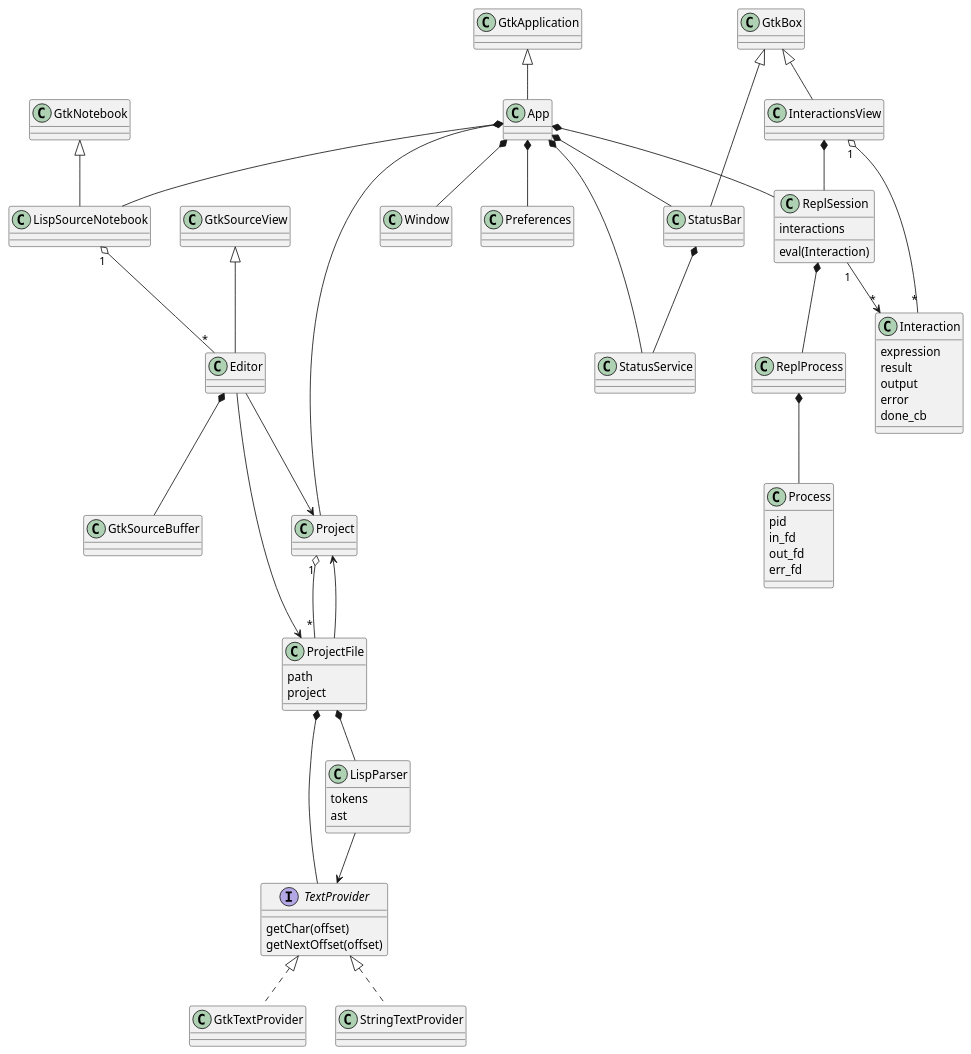
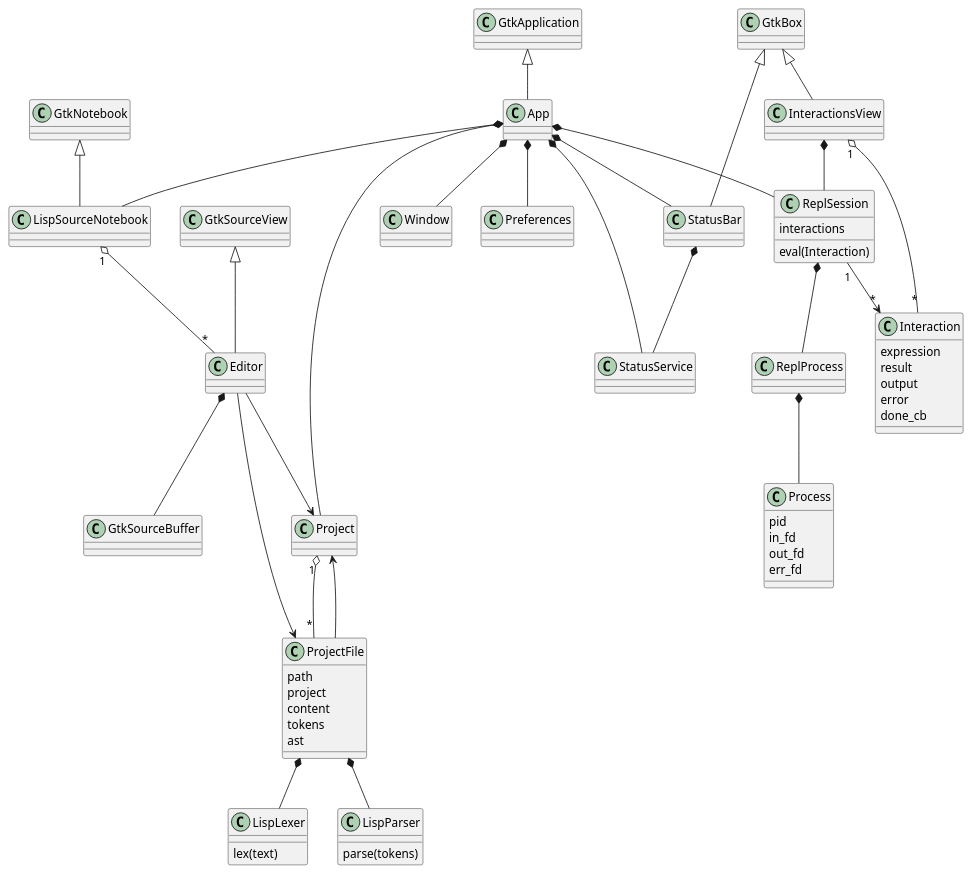
The diagram in doc/classes.plantuml (JeromeA/glide), drawn with PlantUML before and after one commit. The commit also changed 27 other files, not shown here.

Commit message:
Refactor lexer and parser to operate on project file content

```diff
--- a/doc/classes.plantuml
+++ b/doc/classes.plantuml
@@ -1,57 +1,54 @@
 @startuml
 
 GtkApplication <|-- App
 App *-- Project
 App *-- ReplSession
 App *-- Window
 App *-- LispSourceNotebook
 App *-- Preferences
 App *-- StatusBar
 App *-- StatusService
 StatusBar *-- StatusService
 
 GtkSourceView <|-- Editor
 Editor *-- GtkSourceBuffer
 Editor --> Project
 Editor --> ProjectFile
 GtkNotebook <|-- LispSourceNotebook
 LispSourceNotebook "1" o-- "*" Editor
 
 Project "1" o-- "*" ProjectFile
 
+ProjectFile *-- LispLexer
 ProjectFile *-- LispParser
-ProjectFile *-- TextProvider
 ProjectFile : path
 ProjectFile : project
+ProjectFile : content
+ProjectFile : tokens
+ProjectFile : ast
 ProjectFile --> Project
 
 GtkBox <|-- InteractionsView
 GtkBox <|-- StatusBar
 InteractionsView "1" o-- "*" Interaction
 InteractionsView *-- ReplSession
 Interaction : expression
 Interaction : result
 Interaction : output
 Interaction : error
 Interaction : done_cb
 ReplSession : eval(Interaction)
 ReplSession : interactions
 ReplSession "1" --> "*" Interaction
 ReplSession *-- ReplProcess
 ReplProcess *-- Process
 
 Process : pid
 Process : in_fd
 Process : out_fd
 Process : err_fd
 
-LispParser : tokens
-LispParser : ast
-LispParser --> TextProvider
-interface TextProvider
-TextProvider <|.. GtkTextProvider
-TextProvider <|.. StringTextProvider
-TextProvider : getChar(offset)
-TextProvider : getNextOffset(offset)
+LispLexer : lex(text)
+LispParser : parse(tokens)
 
 @enduml
```
